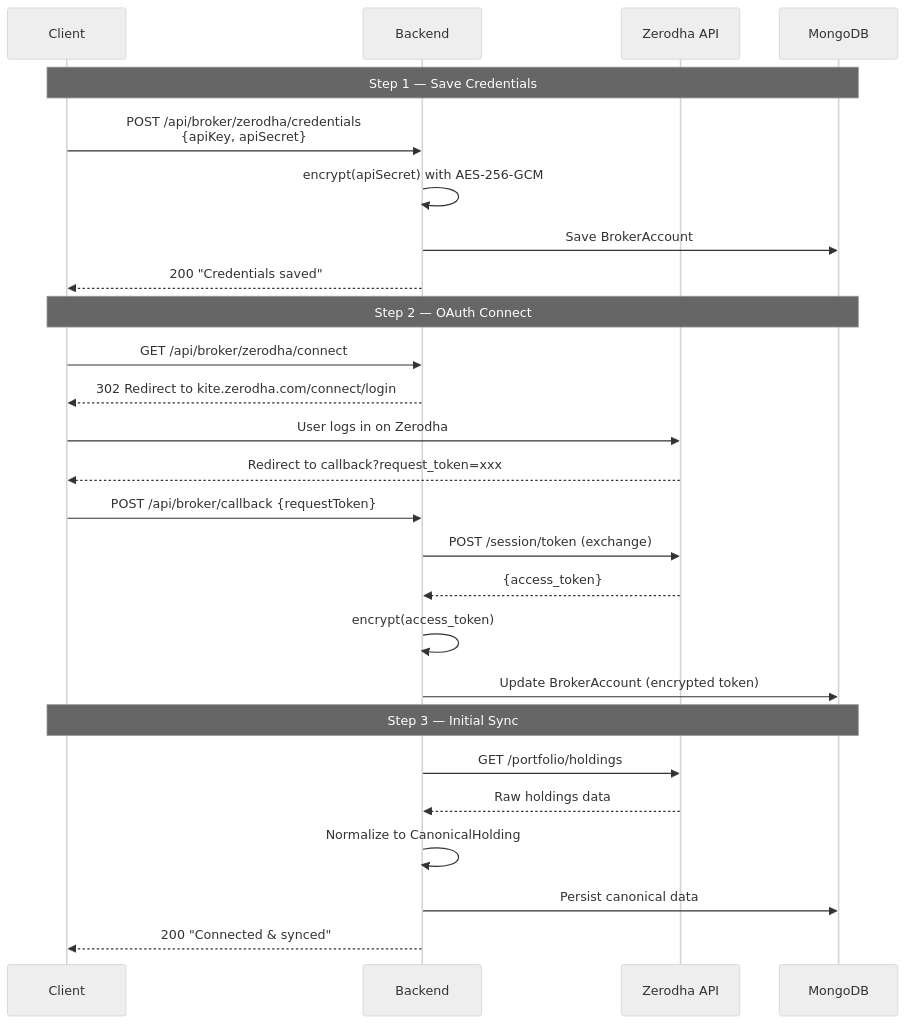
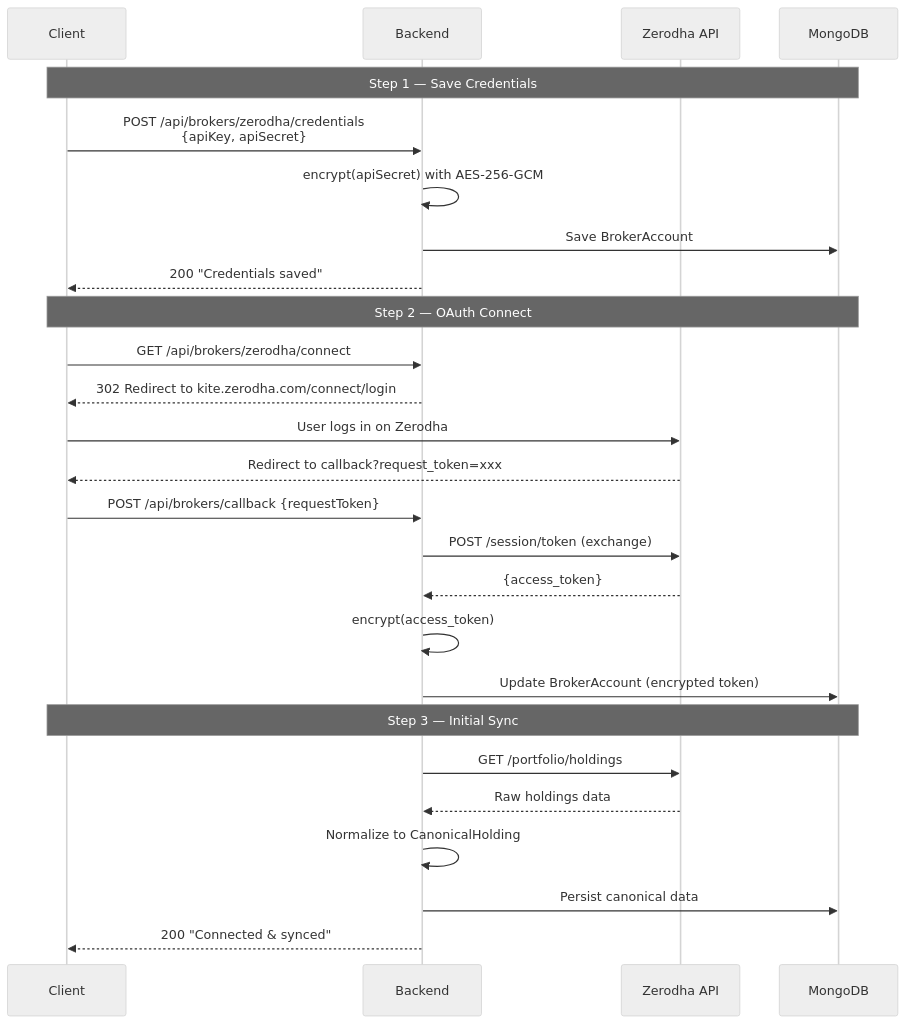
The fourth of 12 diagrams in README.md (urvagandhi/coinTrack), drawn with Mermaid (neutral theme) before and after one commit. The commit also changed other lines of this file and 35 other files, not shown here.

````diff
--- a/README.md
+++ b/README.md
@@ -201,33 +201,33 @@
 ```mermaid
 sequenceDiagram
     participant C as Client
     participant B as Backend
     participant Z as Zerodha API
     participant DB as MongoDB
 
     Note over C,DB: Step 1 — Save Credentials
-    C->>B: POST /api/broker/zerodha/credentials<br/>{apiKey, apiSecret}
+    C->>B: POST /api/brokers/zerodha/credentials<br/>{apiKey, apiSecret}
     B->>B: encrypt(apiSecret) with AES-256-GCM
     B->>DB: Save BrokerAccount
     B-->>C: 200 "Credentials saved"
 
     Note over C,DB: Step 2 — OAuth Connect
-    C->>B: GET /api/broker/zerodha/connect
+    C->>B: GET /api/brokers/zerodha/connect
     B-->>C: 302 Redirect to kite.zerodha.com/connect/login
 
     C->>Z: User logs in on Zerodha
     Z-->>C: Redirect to callback?request_token=xxx
 
-    C->>B: POST /api/broker/callback {requestToken}
+    C->>B: POST /api/brokers/callback {requestToken}
     B->>Z: POST /session/token (exchange)
     Z-->>B: {access_token}
     B->>B: encrypt(access_token)
     B->>DB: Update BrokerAccount (encrypted token)
 
     Note over C,DB: Step 3 — Initial Sync
     B->>Z: GET /portfolio/holdings
     Z-->>B: Raw holdings data
     B->>B: Normalize to CanonicalHolding
     B->>DB: Persist canonical data
     B-->>C: 200 "Connected & synced"
 ```
````
